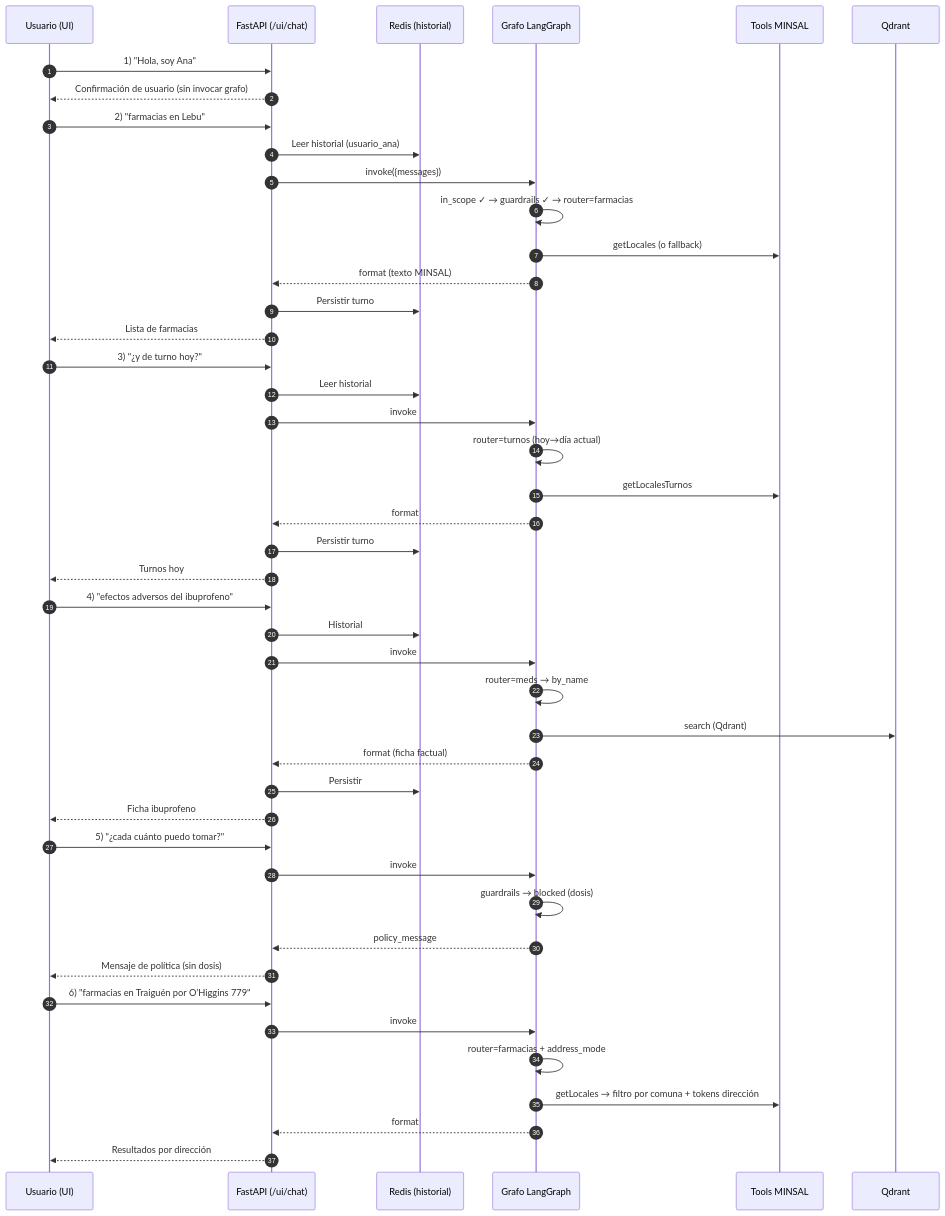
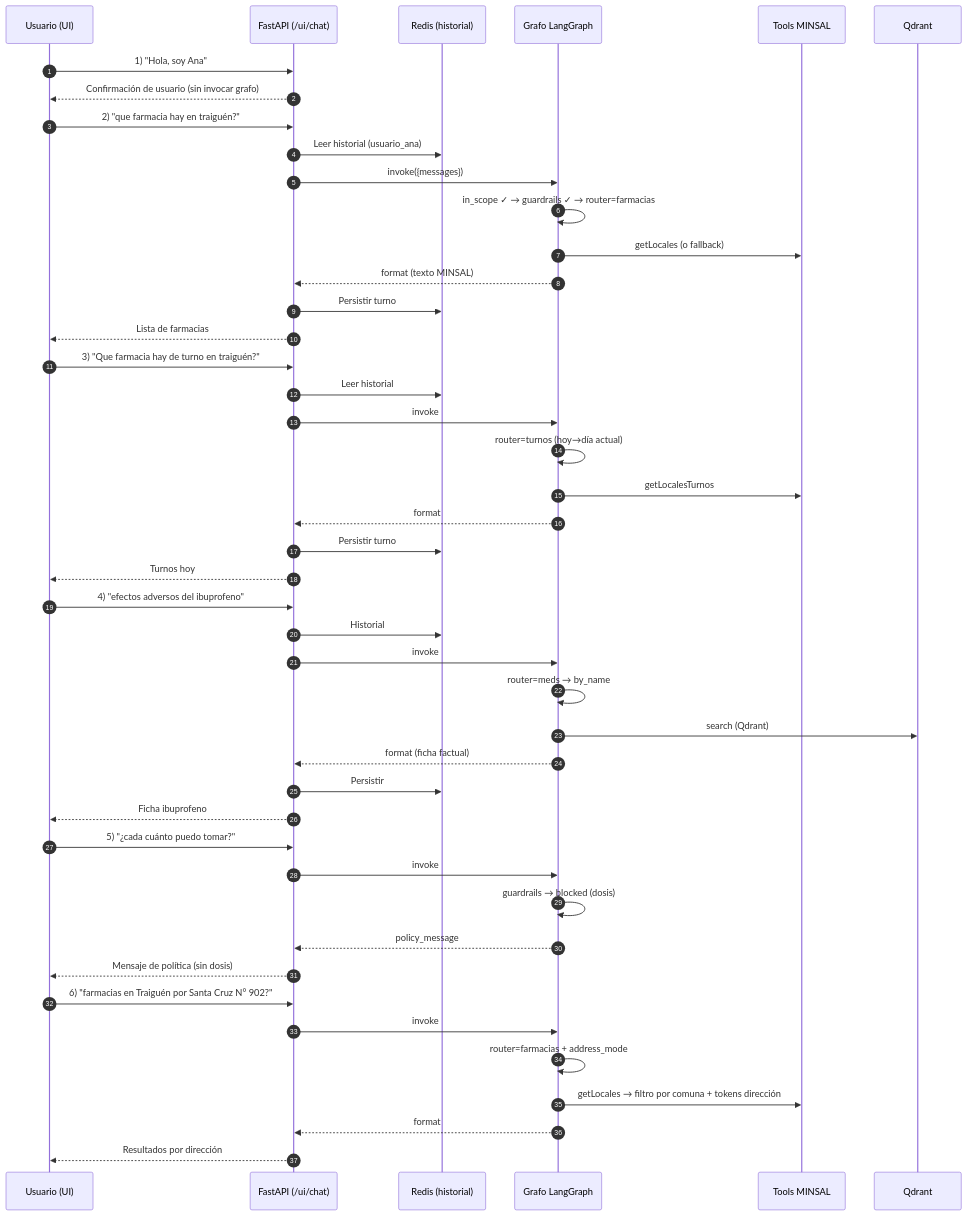
Before and after one commit to lastra00/medical-assistant: the second of 3 diagrams in README.md, drawn with Mermaid.

````diff
--- a/README.md
+++ b/README.md
@@ -82,53 +82,53 @@
 ```mermaid
 sequenceDiagram
   autonumber
   participant U as Usuario (UI)
   participant API as FastAPI (/ui/chat)
   participant R as Redis (historial)
   participant G as Grafo LangGraph
   participant T as Tools MINSAL
   participant V as Qdrant
 
   U->>API: 1) "Hola, soy Ana"
   API-->>U: Confirmación de usuario (sin invocar grafo)
 
-  U->>API: 2) "farmacias en Lebu"
+  U->>API: 2) "que farmacia hay en traiguén?"
   API->>R: Leer historial (usuario_ana)
   API->>G: invoke({messages})
   G->>G: in_scope ✓ → guardrails ✓ → router=farmacias
   G->>T: getLocales (o fallback)
   G-->>API: format (texto MINSAL)
   API->>R: Persistir turno
   API-->>U: Lista de farmacias
 
-  U->>API: 3) "¿y de turno hoy?"
+  U->>API: 3) "Que farmacia hay de turno en traiguén?"
   API->>R: Leer historial
   API->>G: invoke
   G->>G: router=turnos (hoy→día actual)
   G->>T: getLocalesTurnos
   G-->>API: format
   API->>R: Persistir turno
   API-->>U: Turnos hoy
 
   U->>API: 4) "efectos adversos del ibuprofeno"
   API->>R: Historial
   API->>G: invoke
   G->>G: router=meds → by_name
   G->>V: search (Qdrant)
   G-->>API: format (ficha factual)
   API->>R: Persistir
   API-->>U: Ficha ibuprofeno
 
   U->>API: 5) "¿cada cuánto puedo tomar?"
   API->>G: invoke
   G->>G: guardrails → blocked (dosis)
   G-->>API: policy_message
   API-->>U: Mensaje de política (sin dosis)
 
-  U->>API: 6) "farmacias en Traiguén por O’Higgins 779"
+  U->>API: 6) "farmacias en Traiguén por Santa Cruz N° 902?"
   API->>G: invoke
   G->>G: router=farmacias + address_mode
   G->>T: getLocales → filtro por comuna + tokens dirección
   G-->>API: format
   API-->>U: Resultados por dirección
 ```
````
